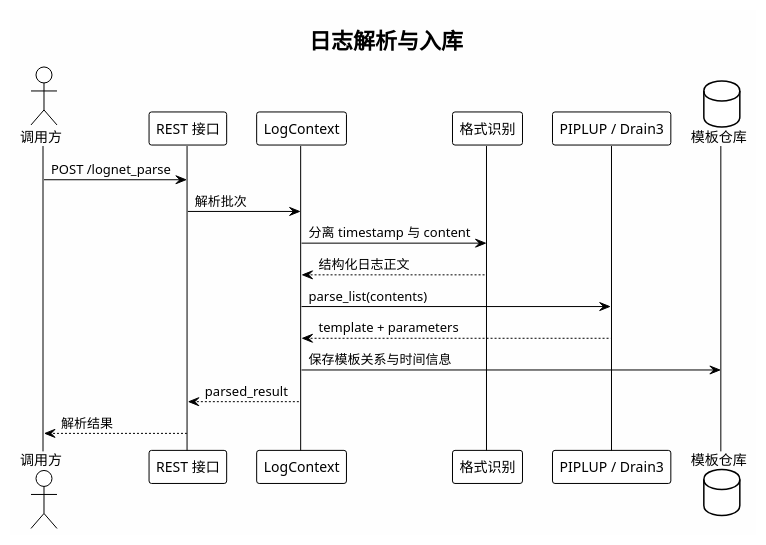
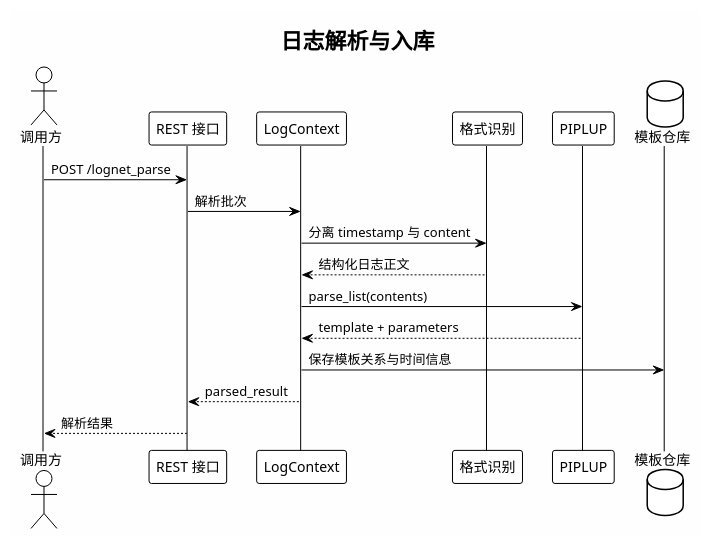
Before and after one commit to HouMonKy/TIG-PIPLUP: the second of 12 diagrams in LogNet3.0方案设计与实现文档.md, drawn with PlantUML. The commit also changed other lines of this file, not shown here.

````diff
--- a/LogNet3.0方案设计与实现文档.md
+++ b/LogNet3.0方案设计与实现文档.md
@@ -203,27 +175,27 @@
 ```plantuml
 @startuml LogNet3.0_Sequence_Parse
 !theme plain
 skinparam backgroundColor #FEFEFE
 skinparam shadowing false
 
 title 日志解析与入库
 
 actor "调用方" as Caller
 participant "REST 接口" as API
 participant "LogContext" as Context
 participant "格式识别" as Format
-participant "PIPLUP / Drain3" as Parser
+participant "PIPLUP" as Parser
 database "模板仓库" as Repo
 
 Caller -> API: POST /lognet_parse
 API -> Context: 解析批次
 Context -> Format: 分离 timestamp 与 content
 Format --> Context: 结构化日志正文
 Context -> Parser: parse_list(contents)
 Parser --> Context: template + parameters
 Context -> Repo: 保存模板关系与时间信息
 Context --> API: parsed_result
 API --> Caller: 解析结果
 
 @enduml
 ```
````
